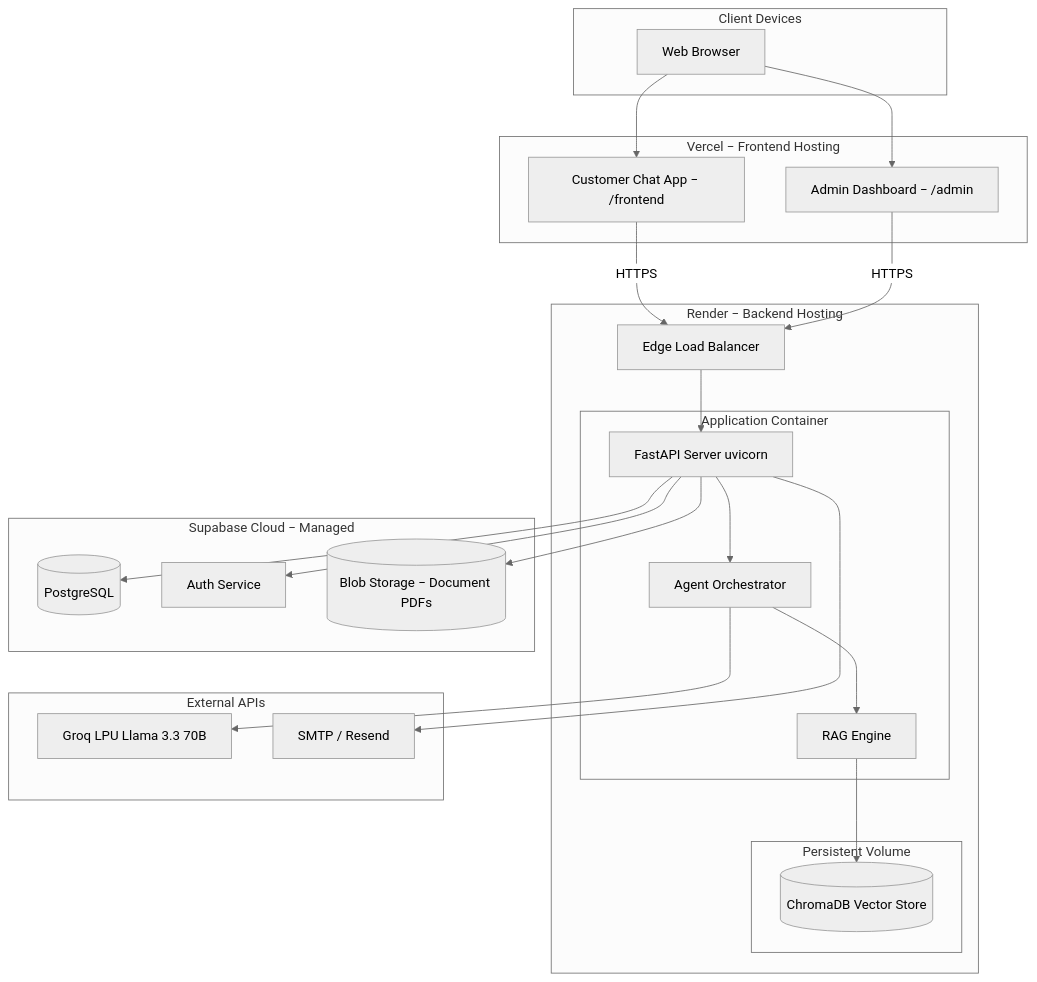
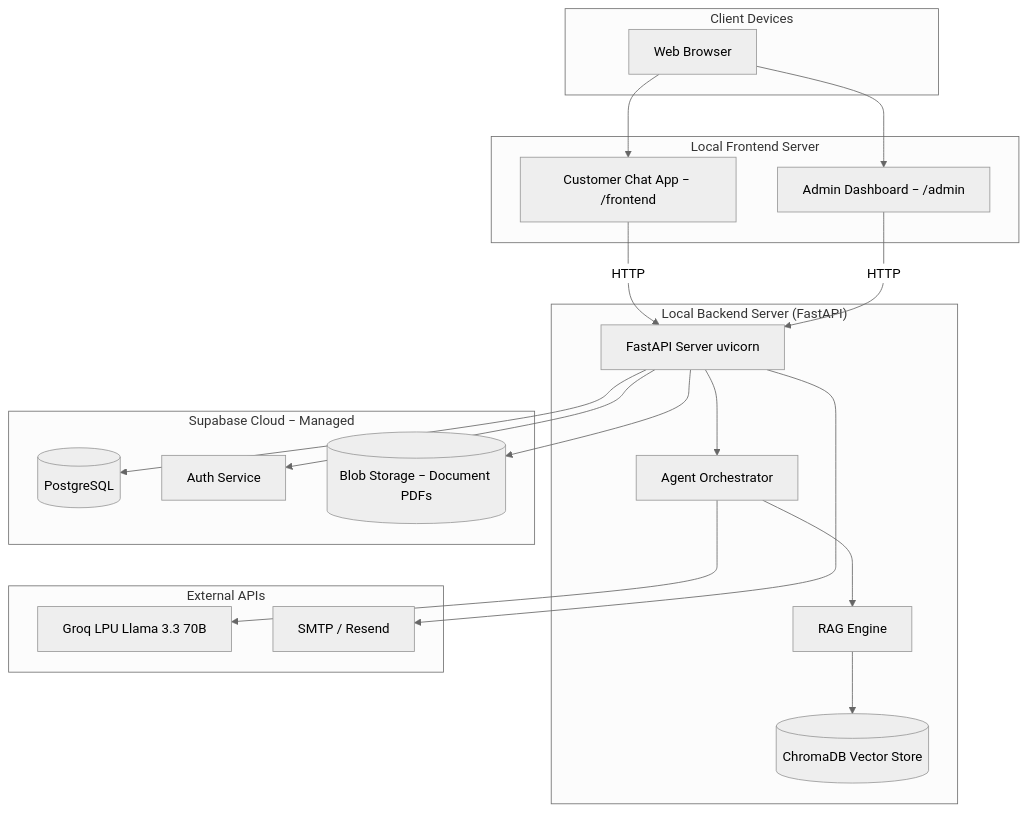
Before and after one commit to Mohammedkaif-27/AURA: the fifth of 5 diagrams in README.md, drawn with Mermaid (neutral theme). The commit also changed other lines of this file and 5 other files, not shown here.

Commit message:
chore: remove all Render and Vercel deployment configurations

````diff
--- a/README.md
+++ b/README.md
@@ -342,48 +342,42 @@
 ```mermaid
 graph TD
     subgraph Client ["Client Devices"]
         Browser["Web Browser"]
     end
 
-    subgraph Vercel ["Vercel ‒ Frontend Hosting"]
+    subgraph Frontend ["Local Frontend Server"]
         FE_Customer["Customer Chat App ‒ /frontend"]
         FE_Admin["Admin Dashboard ‒ /admin"]
     end
 
-    subgraph Render ["Render ‒ Backend Hosting"]
-        LB["Edge Load Balancer"]
-        subgraph App_Tier ["Application Container"]
-            FastAPI_App["FastAPI Server uvicorn"]
-            OrchestratorNode["Agent Orchestrator"]
-            RAG_Engine["RAG Engine"]
-        end
-        subgraph Persistent_Storage ["Persistent Volume"]
-            ChromaDB_Vol[("ChromaDB Vector Store")]
-        end
+    subgraph Backend ["Local Backend Server (FastAPI)"]
+        FastAPI_App["FastAPI Server uvicorn"]
+        OrchestratorNode["Agent Orchestrator"]
+        RAG_Engine["RAG Engine"]
+        ChromaDB_Vol[("ChromaDB Vector Store")]
     end
 
     subgraph Supabase_Cloud ["Supabase Cloud ‒ Managed"]
         PostgreSQL[("PostgreSQL")]
         Auth["Auth Service"]
         BlobStorage[("Blob Storage ‒ Document PDFs")]
     end
 
     subgraph External ["External APIs"]
         Groq["Groq LPU Llama 3.3 70B"]
         EmailProvider["SMTP / Resend"]
     end
 
     Browser --> FE_Customer
     Browser --> FE_Admin
-    FE_Customer -->|HTTPS| LB
-    FE_Admin -->|HTTPS| LB
-    LB --> FastAPI_App
+    FE_Customer -->|HTTP| FastAPI_App
+    FE_Admin -->|HTTP| FastAPI_App
     FastAPI_App --> OrchestratorNode
     OrchestratorNode --> RAG_Engine
     RAG_Engine --> ChromaDB_Vol
     FastAPI_App --> PostgreSQL
     FastAPI_App --> Auth
     FastAPI_App --> BlobStorage
     OrchestratorNode --> Groq
     FastAPI_App --> EmailProvider
 ```
````
